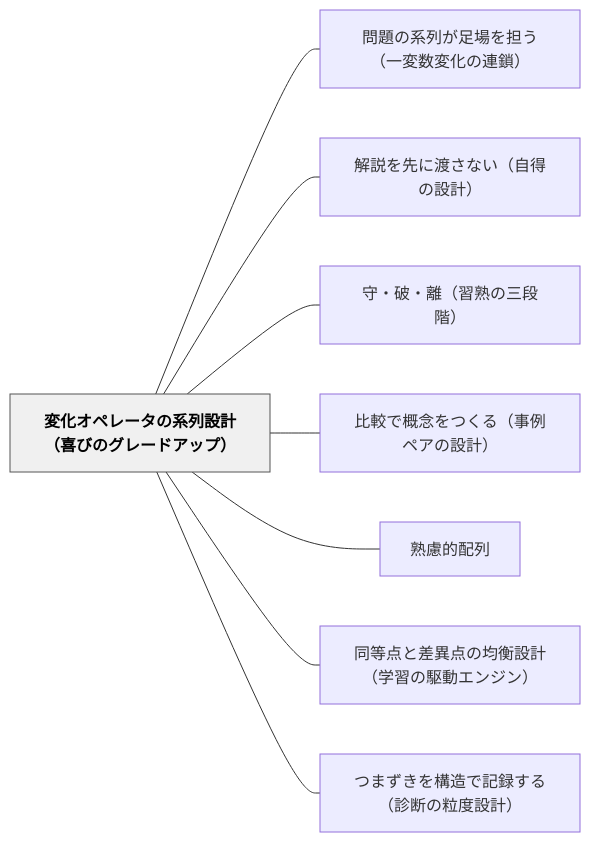
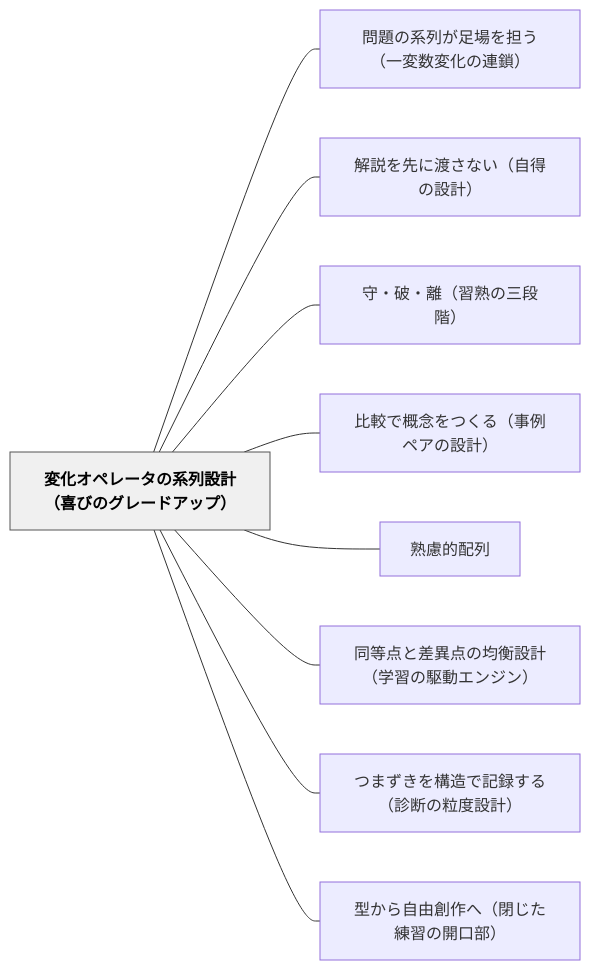
The diagram in content/パタン/変化オペレータの系列設計（喜びのグレードアップ）.md (unknownthings-ed-patterns/unknownthings-ed-patterns), drawn with Mermaid before and after one commit. The commit also changed other lines of this file and 4 other files, not shown here.

````diff
--- a/content/パタン/変化オペレータの系列設計（喜びのグレードアップ）.md
+++ b/content/パタン/変化オペレータの系列設計（喜びのグレードアップ）.md
@@ -119,22 +120,24 @@
 ```mermaid
 flowchart LR
     ne5a489e58c96e382aae3839ae383ace383bce382bfe381aee7b3bbe58897e8a8ade8a888efbc88e5969ce381b3e381aee382b0e383ace383bce38389e382a2e38383e38397efbc89["変化オペレータの系列設計（喜びのグレードアップ）"]
     ne5958fe9a18ce381aee7b3bbe58897e3818ce8b6b3e5a0b4e38292e68b85e38186efbc88e4b880e5a489e695b0e5a489e58c96e381aee980a3e98e96efbc89["問題の系列が足場を担う（一変数変化の連鎖）"]
     ne8a7a3e8aaace38292e58588e381abe6b8a1e38195e381aae38184efbc88e887aae5be97e381aee8a8ade8a888efbc89["解説を先に渡さない（自得の設計）"]
     ne5ae88e383bbe7a0b4e383bbe99ba2efbc88e7bf92e7869fe381aee4b889e6aeb5e99a8eefbc89["守・破・離（習熟の三段階）"]
     ne6af94e8bc83e381a7e6a682e5bfb5e38292e381a4e3818fe3828befbc88e4ba8be4be8be3839ae382a2e381aee8a8ade8a888efbc89["比較で概念をつくる（事例ペアの設計）"]
     ne7869fe685aee79a84e9858de58897["熟慮的配列"]
     ne5908ce7ad89e782b9e381a8e5b7aee795b0e782b9e381aee59d87e8a1a1e8a8ade8a888efbc88e5ada6e7bf92e381aee9a786e58b95e382a8e383b3e382b8e383b3efbc89["同等点と差異点の均衡設計（学習の駆動エンジン）"]
     ne381a4e381bee3819ae3818de38292e6a78be980a0e381a7e8a898e98cb2e38199e3828befbc88e8a8bae696ade381aee7b292e5baa6e8a8ade8a888efbc89["つまずきを構造で記録する（診断の粒度設計）"]
+    ne59e8be3818be38289e887aae794b1e589b5e4bd9ce381b8efbc88e99689e38198e3819fe7b7b4e7bf92e381aee9968be58fa3e983a8efbc89["型から自由創作へ（閉じた練習の開口部）"]
 
     ne5a489e58c96e382aae3839ae383ace383bce382bfe381aee7b3bbe58897e8a8ade8a888efbc88e5969ce381b3e381aee382b0e383ace383bce38389e382a2e38383e38397efbc89 --- ne5958fe9a18ce381aee7b3bbe58897e3818ce8b6b3e5a0b4e38292e68b85e38186efbc88e4b880e5a489e695b0e5a489e58c96e381aee980a3e98e96efbc89
     ne5a489e58c96e382aae3839ae383ace383bce382bfe381aee7b3bbe58897e8a8ade8a888efbc88e5969ce381b3e381aee382b0e383ace383bce38389e382a2e38383e38397efbc89 --- ne8a7a3e8aaace38292e58588e381abe6b8a1e38195e381aae38184efbc88e887aae5be97e381aee8a8ade8a888efbc89
     ne5a489e58c96e382aae3839ae383ace383bce382bfe381aee7b3bbe58897e8a8ade8a888efbc88e5969ce381b3e381aee382b0e383ace383bce38389e382a2e38383e38397efbc89 --- ne5ae88e383bbe7a0b4e383bbe99ba2efbc88e7bf92e7869fe381aee4b889e6aeb5e99a8eefbc89
     ne5a489e58c96e382aae3839ae383ace383bce382bfe381aee7b3bbe58897e8a8ade8a888efbc88e5969ce381b3e381aee382b0e383ace383bce38389e382a2e38383e38397efbc89 --- ne6af94e8bc83e381a7e6a682e5bfb5e38292e381a4e3818fe3828befbc88e4ba8be4be8be3839ae382a2e381aee8a8ade8a888efbc89
     ne5a489e58c96e382aae3839ae383ace383bce382bfe381aee7b3bbe58897e8a8ade8a888efbc88e5969ce381b3e381aee382b0e383ace383bce38389e382a2e38383e38397efbc89 --- ne7869fe685aee79a84e9858de58897
     ne5a489e58c96e382aae3839ae383ace383bce382bfe381aee7b3bbe58897e8a8ade8a888efbc88e5969ce381b3e381aee382b0e383ace383bce38389e382a2e38383e38397efbc89 --- ne5908ce7ad89e782b9e381a8e5b7aee795b0e782b9e381aee59d87e8a1a1e8a8ade8a888efbc88e5ada6e7bf92e381aee9a786e58b95e382a8e383b3e382b8e383b3efbc89
     ne5a489e58c96e382aae3839ae383ace383bce382bfe381aee7b3bbe58897e8a8ade8a888efbc88e5969ce381b3e381aee382b0e383ace383bce38389e382a2e38383e38397efbc89 --- ne381a4e381bee3819ae3818de38292e6a78be980a0e381a7e8a898e98cb2e38199e3828befbc88e8a8bae696ade381aee7b292e5baa6e8a8ade8a888efbc89
+    ne5a489e58c96e382aae3839ae383ace383bce382bfe381aee7b3bbe58897e8a8ade8a888efbc88e5969ce381b3e381aee382b0e383ace383bce38389e382a2e38383e38397efbc89 --- ne59e8be3818be38289e887aae794b1e589b5e4bd9ce381b8efbc88e99689e38198e3819fe7b7b4e7bf92e381aee9968be58fa3e983a8efbc89
 
     classDef hub fill:#f0f0f0,stroke:#555,color:#000,font-weight:bold
     class ne5a489e58c96e382aae3839ae383ace383bce382bfe381aee7b3bbe58897e8a8ade8a888efbc88e5969ce381b3e381aee382b0e383ace383bce38389e382a2e38383e38397efbc89 hub
 ```
````
